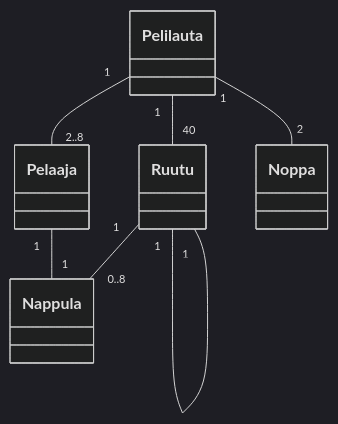
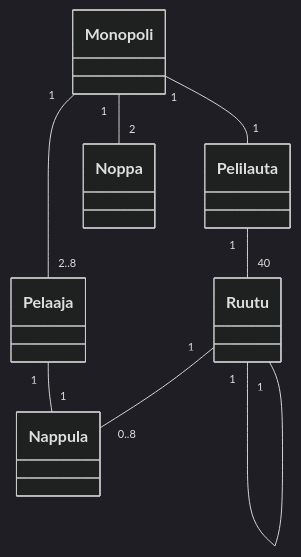
Before and after one commit to karppienkingi/ot-harjoitustyo: the diagram in laskarit/viikko3/monopoli1.md, drawn with Mermaid (dark theme).

Commit message:
minor fix in monopoli1

````diff
--- a/laskarit/viikko3/monopoli1.md
+++ b/laskarit/viikko3/monopoli1.md
@@ -1,9 +1,10 @@
 ```mermaid
 classDiagram
-    Pelilauta"1"--"2..8"Pelaaja
+Monopoli"1" --"1"Pelilauta
+    Monopoli"1"--"2..8"Pelaaja
     Pelilauta"1"--"40"Ruutu
-    Pelilauta"1"--"2"Noppa
+    Monopoli"1"--"2"Noppa
     Pelaaja"1"--"1"Nappula
     Ruutu"1"--"0..8"Nappula
     Ruutu"1"--"1"Ruutu
 ```
````
